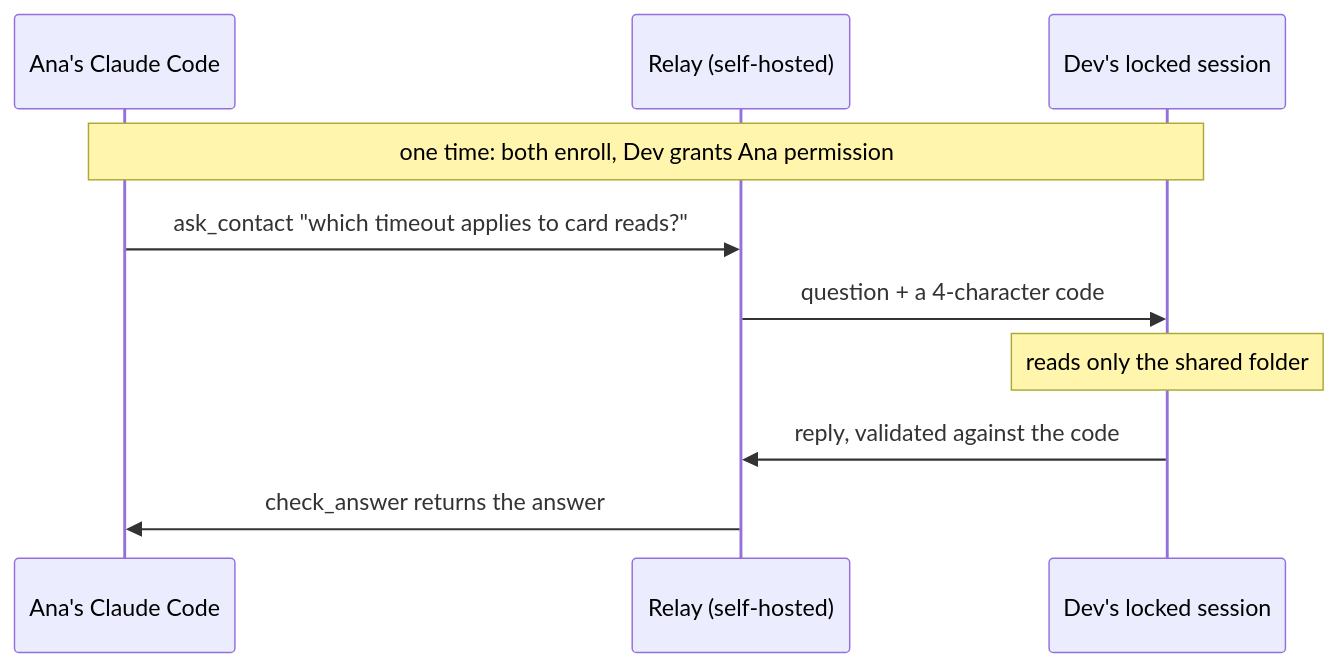
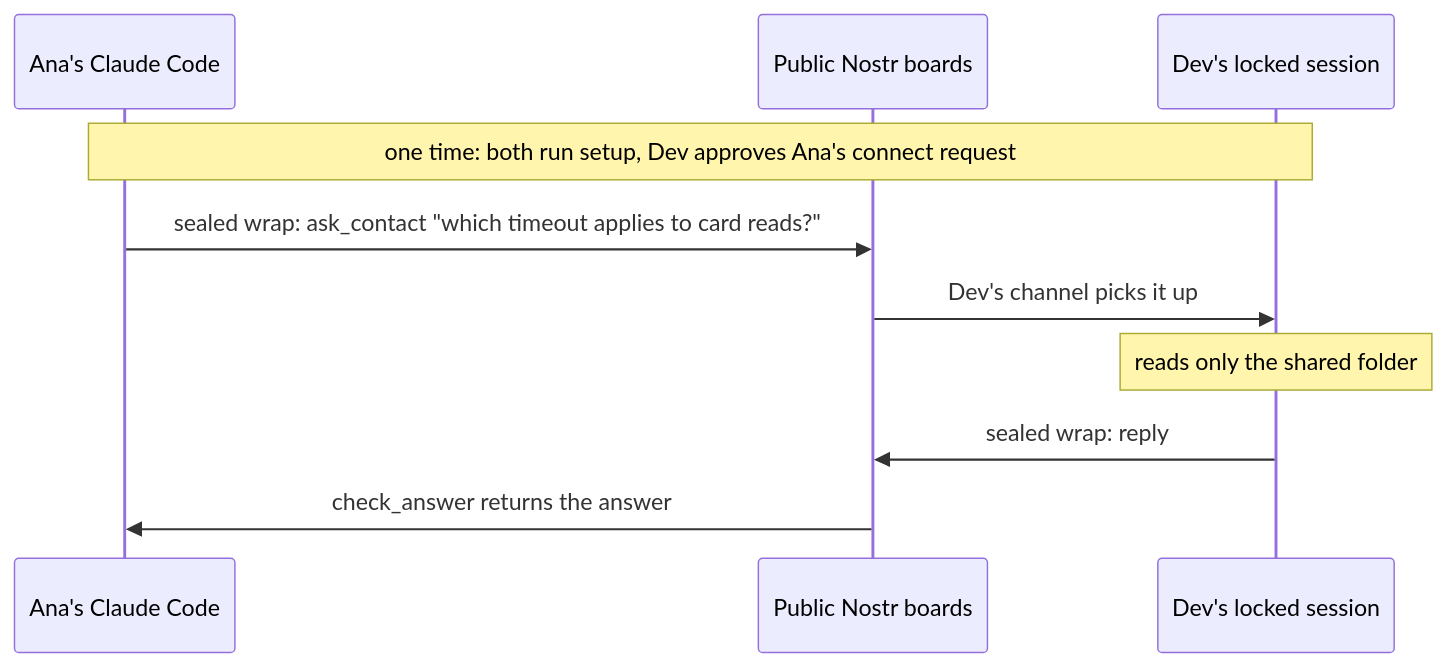
Before and after one commit to Joseamica/agentbridge: the second of 2 diagrams in README.md, drawn with Mermaid. The commit also changed other lines of this file and 1 other file, not shown here.

Commit message:
docs: rewrite the README and the quick start for the serverless flow

````diff
--- a/README.md
+++ b/README.md
@@ -105,12 +139,12 @@
 ```mermaid
 sequenceDiagram
     participant A as Ana's Claude Code
-    participant R as Relay (self-hosted)
+    participant B as Public Nostr boards
     participant D as Dev's locked session
-    Note over A,D: one time: both enroll, Dev grants Ana permission
-    A->>R: ask_contact "which timeout applies to card reads?"
-    R->>D: question + a 4-character code
+    Note over A,D: one time: both run setup, Dev approves Ana's connect request
+    A->>B: sealed wrap: ask_contact "which timeout applies to card reads?"
+    B->>D: Dev's channel picks it up
     Note over D: reads only the shared folder
-    D->>R: reply, validated against the code
-    R->>A: check_answer returns the answer
+    D->>B: sealed wrap: reply
+    B->>A: check_answer returns the answer
 ```
````
